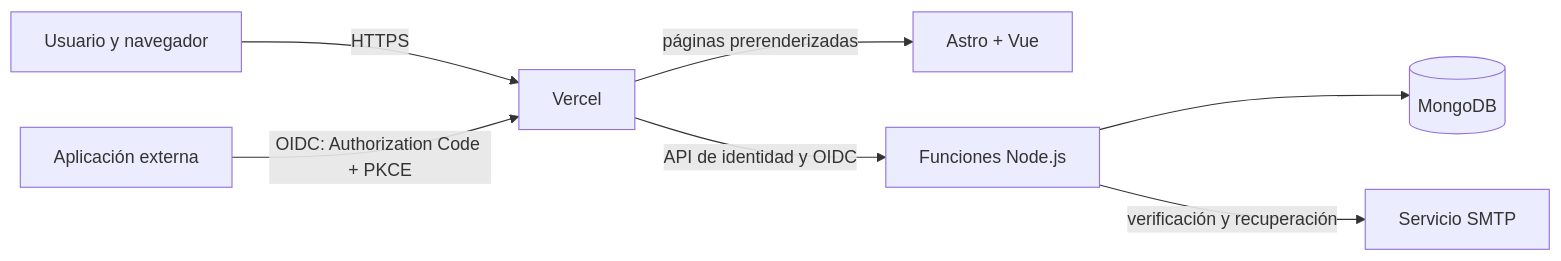
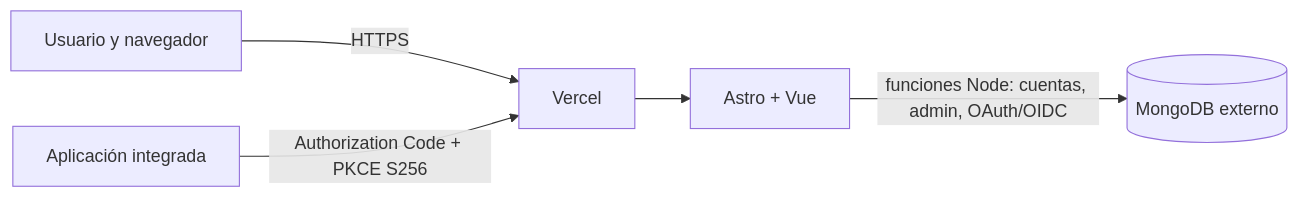
The diagram in docs/ARCHITECTURE.md (Spinnin34/KarmancosID), drawn with Mermaid before and after one commit. The commit also changed other lines of this file and 111 other files, not shown here.

Commit message:
feat: move Karmancos ID to Vercel with admin MFA

````diff
--- a/docs/ARCHITECTURE.md
+++ b/docs/ARCHITECTURE.md
@@ -7,9 +5,7 @@
 ```mermaid
 flowchart LR
     Browser[Usuario y navegador] -->|HTTPS| Vercel[Vercel]
-    Vercel -->|páginas prerenderizadas| Astro[Astro + Vue]
-    Vercel -->|API de identidad y OIDC| Functions[Funciones Node.js]
-    Functions --> Mongo[(MongoDB)]
-    Functions -->|verificación y recuperación| SMTP[Servicio SMTP]
-    Client[Aplicación externa] -->|OIDC: Authorization Code + PKCE| Vercel
+    Vercel --> Astro[Astro + Vue]
+    Astro -->|funciones Node: cuentas, admin, OAuth/OIDC| Mongo[(MongoDB externo)]
+    Client[Aplicación integrada] -->|Authorization Code + PKCE S256| Vercel
 ```
````
